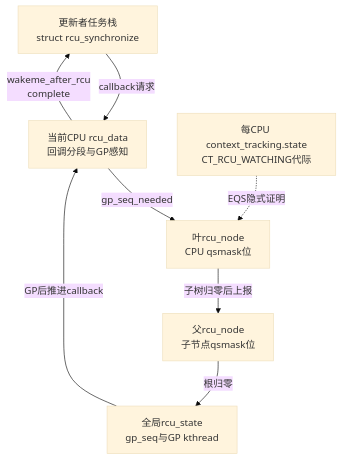
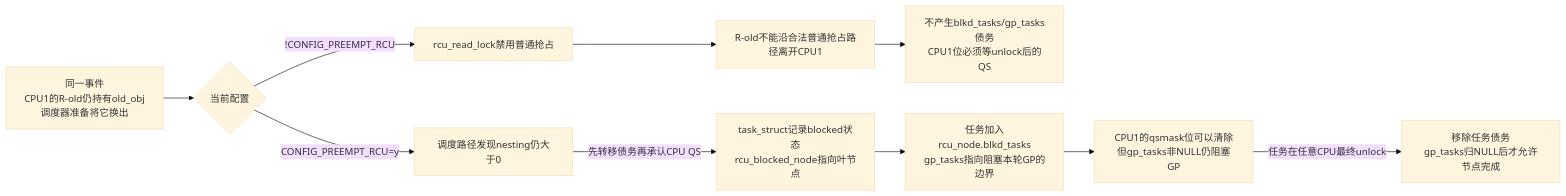
One commit to FormingSystem/linux_note changed the second of 3 diagrams in knowledge/linux/synchronization/rcu/P06_非抢占式_Tree_RCU_源码同步机制.md. Above: the diagram before and after it, drawn with Mermaid (base theme). The commit also changed other lines of this file and 11 other files, not shown here.

````diff
--- a/knowledge/linux/synchronization/rcu/P06_非抢占式_Tree_RCU_源码同步机制.md
+++ b/knowledge/linux/synchronization/rcu/P06_非抢占式_Tree_RCU_源码同步机制.md
@@ -45,10 +169,14 @@
 ```mermaid
-flowchart TB
-    U["更新者任务栈<br/>struct rcu_synchronize"] -->|"callback请求"| D["当前CPU rcu_data<br/>回调分段与GP感知"]
-    D -->|"gp_seq_needed"| L["叶rcu_node<br/>CPU qsmask位"]
-    L -->|"子树归零后上报"| P["父rcu_node<br/>子节点qsmask位"]
-    P -->|"根归零"| S["全局rcu_state<br/>gp_seq与GP kthread"]
-    S -->|"GP后推进callback"| D
-    D -->|"wakeme_after_rcu<br/>complete"| U
-    CT["每CPU context_tracking.state<br/>CT_RCU_WATCHING代际"] -.->|"EQS隐式证明"| L
+flowchart LR
+    E["同一事件<br/>CPU1的R-old仍持有old_obj<br/>调度器准备将它换出"] --> C{"当前配置"}
+
+    C -->|"!CONFIG_PREEMPT_RCU"| N1["rcu_read_lock禁用普通抢占"]
+    N1 --> N2["R-old不能沿合法普通抢占路径离开CPU1"]
+    N2 --> N3["不产生blkd_tasks/gp_tasks债务<br/>CPU1位必须等unlock后的QS"]
+
+    C -->|"CONFIG_PREEMPT_RCU=y"| P1["调度路径发现nesting仍大于0"]
+    P1 -->|"先转移债务再承认CPU QS"| P2["task_struct记录blocked状态<br/>rcu_blocked_node指向叶节点"]
+    P2 --> P3["任务加入rcu_node.blkd_tasks<br/>gp_tasks指向阻塞本轮GP的边界"]
+    P3 --> P4["CPU1的qsmask位可以清除<br/>但gp_tasks非NULL仍阻塞GP"]
+    P4 -->|"任务在任意CPU最终unlock"| P5["移除任务债务<br/>gp_tasks归NULL后才允许节点完成"]
 ```
````
